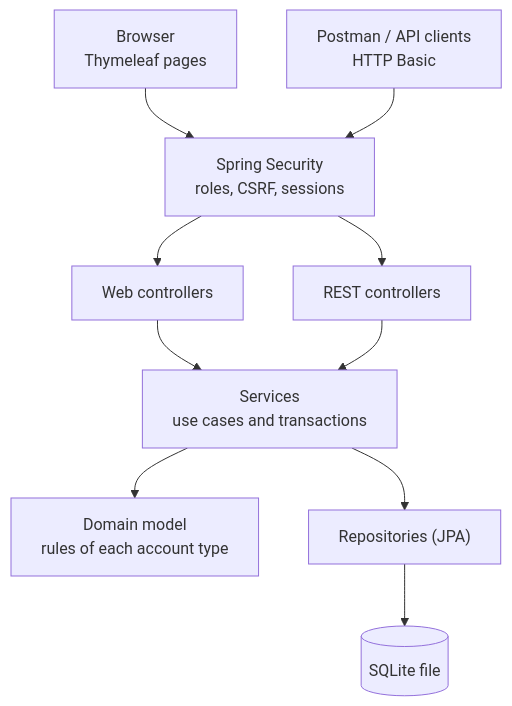
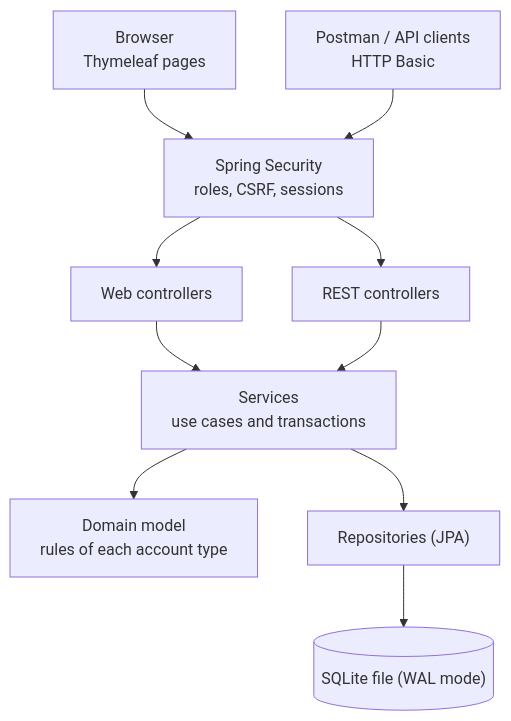
The first of 3 diagrams in README.md (SomiaAghaa/bank-management-system), drawn with Mermaid before and after one commit. The commit also changed other lines of this file and 3 other files, not shown here.

````diff
--- a/README.md
+++ b/README.md
@@ -163,12 +162,12 @@
 ```mermaid
 flowchart TD
     B["Browser<br/>Thymeleaf pages"] --> S["Spring Security<br/>roles, CSRF, sessions"]
     P["Postman / API clients<br/>HTTP Basic"] --> S
     S --> WC["Web controllers"]
     S --> RC["REST controllers"]
     WC --> SV["Services<br/>use cases and transactions"]
     RC --> SV
     SV --> D["Domain model<br/>rules of each account type"]
     SV --> R["Repositories (JPA)"]
-    R --> DB[("SQLite file")]
+    R --> DB[("SQLite file (WAL mode)")]
 ```
````
